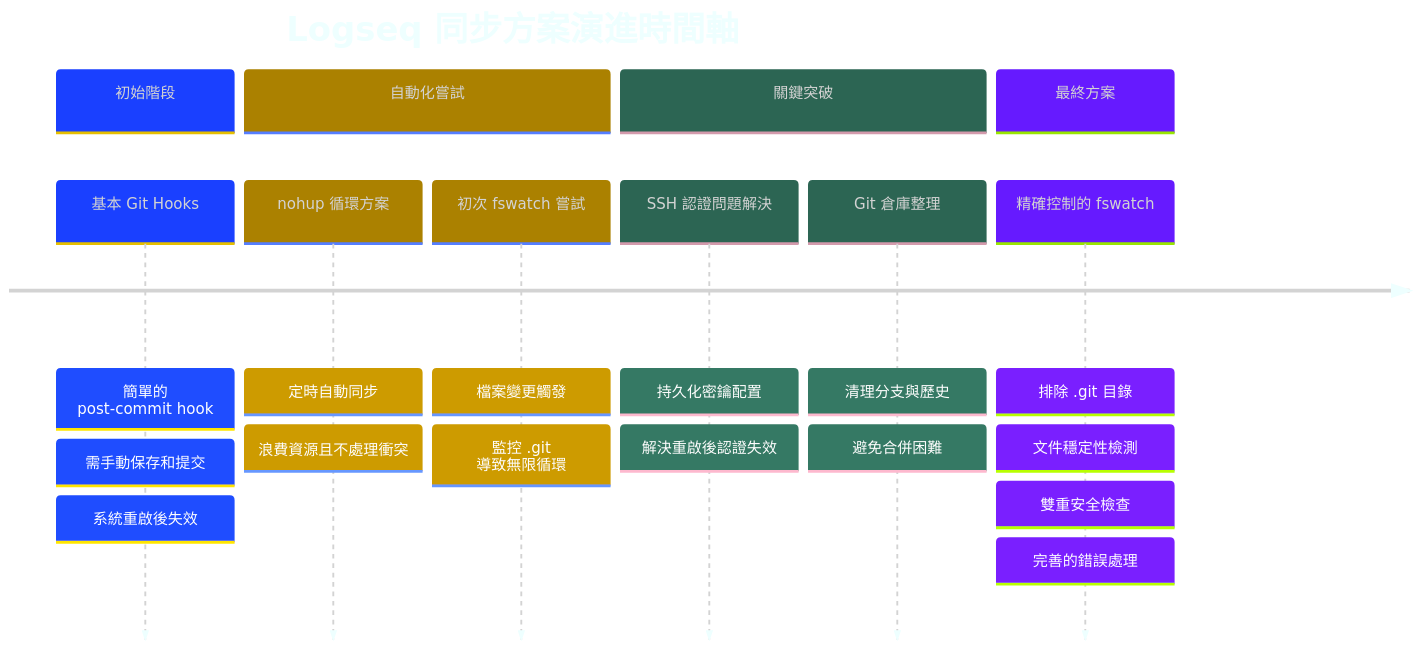
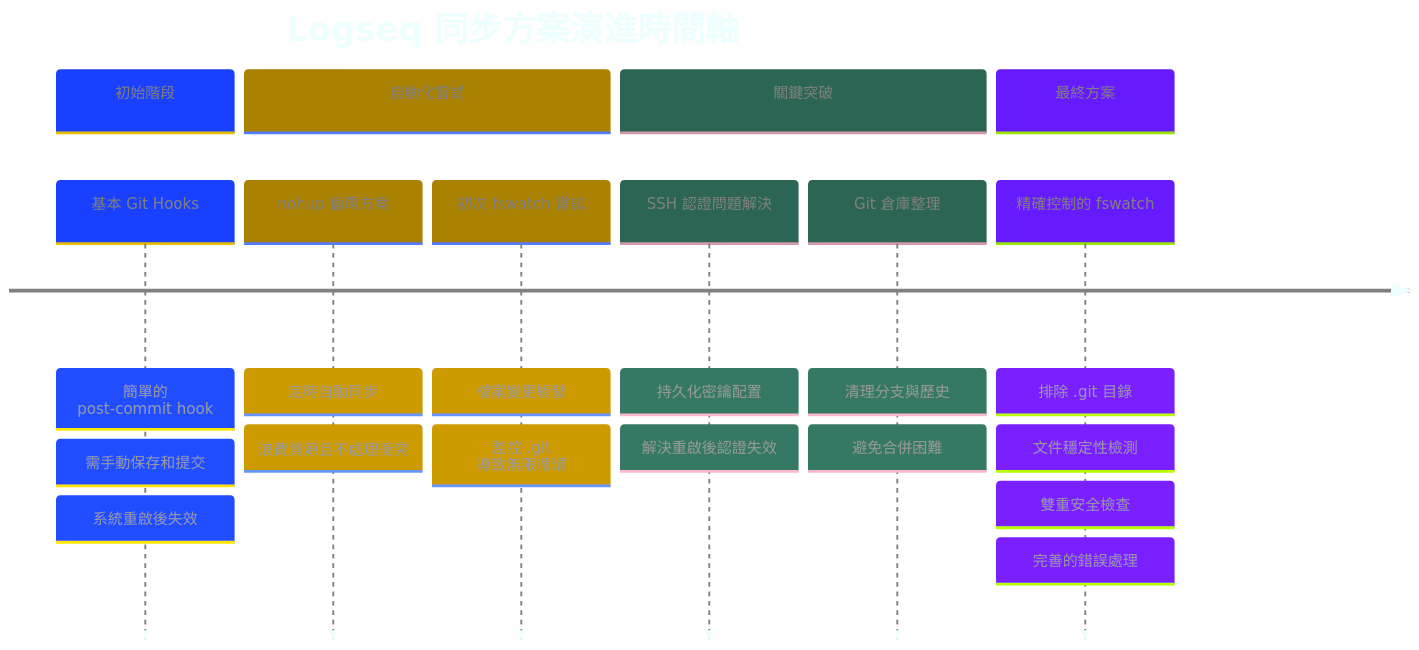
One commit to GengGeng026/Sync-Logseq changed the first of 2 diagrams in Logseq同步方案演進記錄.md. Above: the diagram before and after it, drawn with Mermaid.

Commit message:
Auto-sync: Wed Mar 26 09:19:27 +08 2025

````diff
--- a/Logseq同步方案演進記錄.md
+++ b/Logseq同步方案演進記錄.md
@@ -24,44 +24,44 @@
 ```mermaid
 %%{init: {
   'theme': 'base', 
   'themeVariables': {
     'primaryColor': '#99AAFF',
     'secondaryColor': '#FFCB2B',
     'tertiaryColor': '#59B79A',
-    'primaryTextColor': 'lightgrey',
+    'primaryTextColor': 'grey',
     'primaryBorderColor': '#59B79A',
     'lineColor': '#C792EA',
     'background': 'transparent',
     'textColor': '#EEFFFF',
     'nodeBorder': '#59B79A',
     'clusterBkg': 'transparent',
     'titleColor': '#EEFFFF',
     'sectionBkgColor': '#273747',
     'sectionBkgColor2': '#334455',
     'sectionBkgColor3': '#3A4A5A',
     'sectionBkgColor4': '#42546A',
     'sectionBkgColor5': '#4B5E78'
   }
 }}%%
 timeline
     title Logseq 同步方案演進時間軸
     section 初始階段
         基本 Git Hooks : 簡單的 post-commit hook
         : 需手動保存和提交
         : 系統重啟後失效
     section 自動化嘗試
         nohup 循環方案 : 定時自動同步
         : 浪費資源且不處理衝突
         初次 fswatch 嘗試 : 檔案變更觸發
         : 監控 .git 導致無限循環
     section 關鍵突破
         SSH 認證問題解決 : 持久化密鑰配置
         : 解決重啟後認證失效
         Git 倉庫整理 : 清理分支與歷史
         : 避免合併困難
     section 最終方案
         精確控制的 fswatch : 排除 .git 目錄
         : 文件穩定性檢測
         : 雙重安全檢查
         : 完善的錯誤處理
 ```
````
